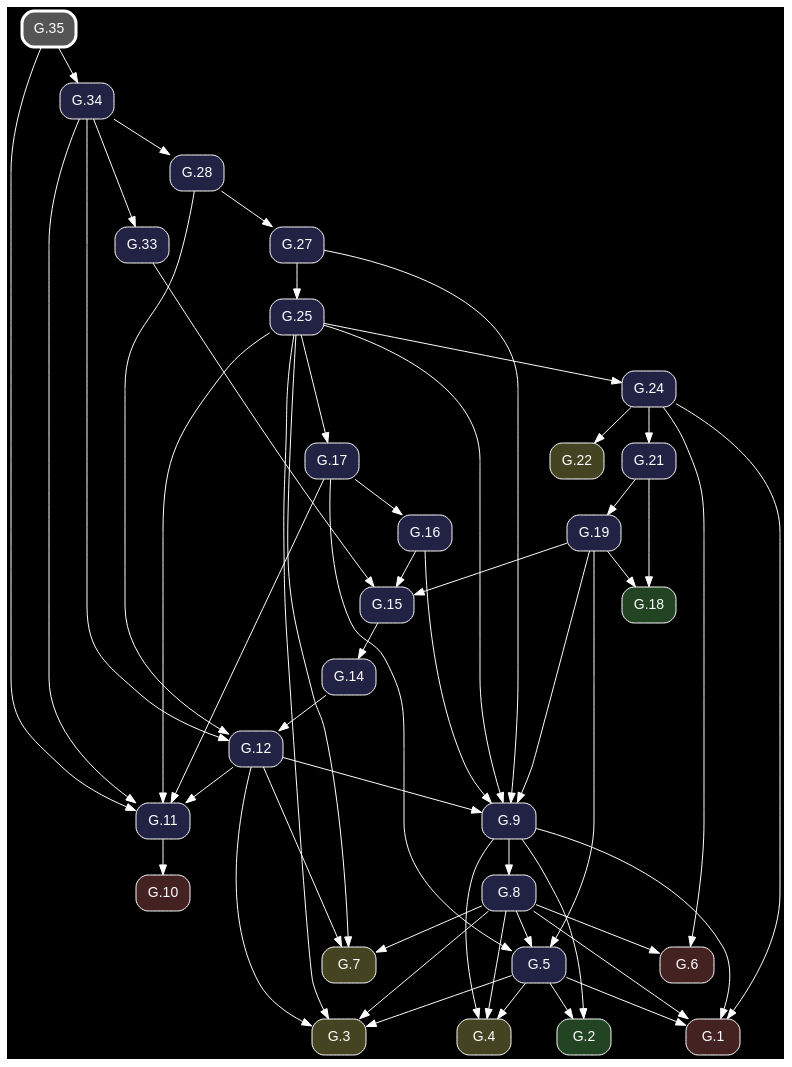
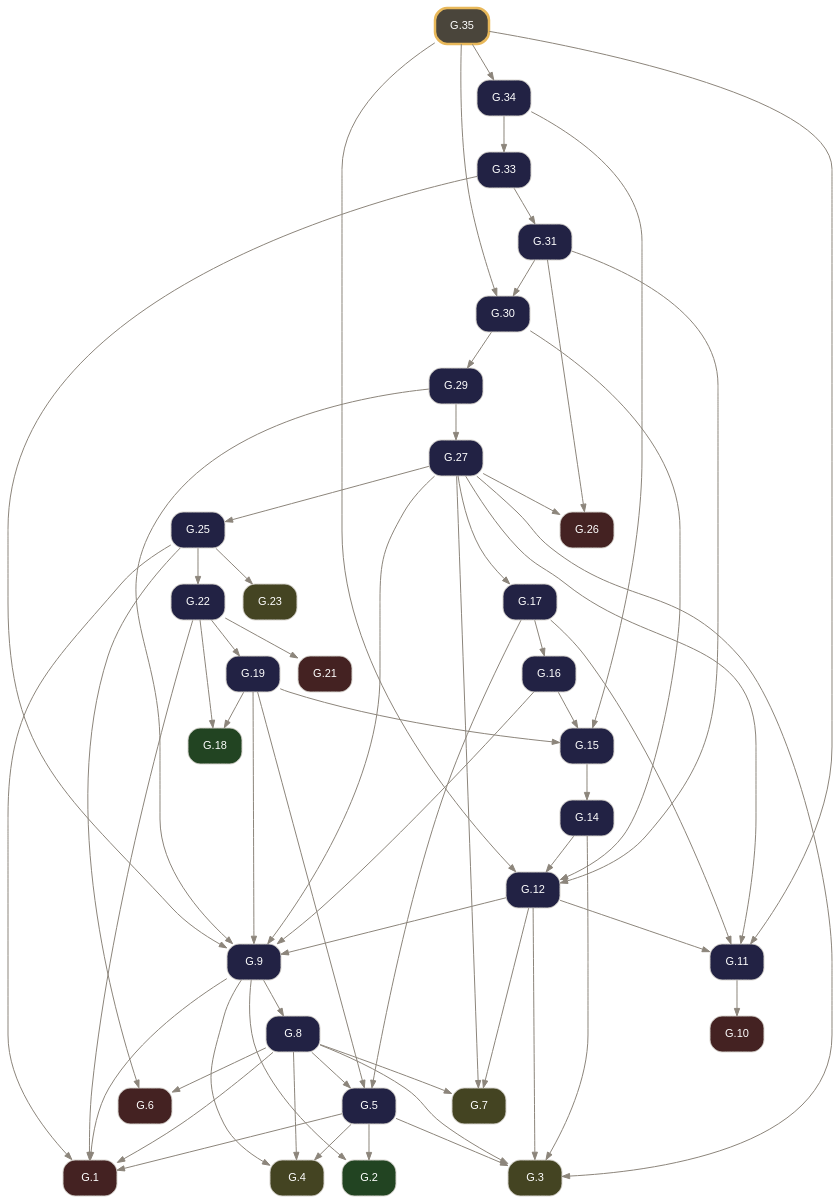
The diagram in docsrc/elements2/G.35/index.rst (geometor/elements), drawn with Graphviz before and after one commit. The commit also changed other lines of this file and 261 other files, not shown here.

Commit message:
feat: rebuild Elements 2.0 G-Index pipeline from composed Euclid Heath edition (v0.3.0)

```diff
--- a/docsrc/elements2/G.35/index.rst
+++ b/docsrc/elements2/G.35/index.rst
@@ -42,88 +83,99 @@
 .. graphviz::
 
    digraph {
-     bgcolor="black";
-     node [shape=box, style="rounded,filled", fontname="Helvetica", color="white", fontcolor="white"];
-     edge [color="white", fontcolor="white"];
+     bgcolor="transparent";
+     node [shape=box, style="rounded,filled", fontname="Helvetica", fontsize=11, color="#d6d3cd", fontcolor="#ffffff"];
+     edge [color="#8c857b", fontcolor="#8c857b", arrowsize=0.75];
      rankdir="TB";
-     "G.27" [label="G.27", fillcolor="#222244", URL="/elements2/G.27/", target="_top"];
-     "G.6" [label="G.6", fillcolor="#442222", URL="/elements2/G.6/", target="_top"];
-     "G.19" [label="G.19", fillcolor="#222244", URL="/elements2/G.19/", target="_top"];
-     "G.34" [label="G.34", fillcolor="#222244", URL="/elements2/G.34/", target="_top"];
-     "G.24" [label="G.24", fillcolor="#222244", URL="/elements2/G.24/", target="_top"];
-     "G.21" [label="G.21", fillcolor="#222244", URL="/elements2/G.21/", target="_top"];
-     "G.10" [label="G.10", fillcolor="#442222", URL="/elements2/G.10/", target="_top"];
-     "G.7" [label="G.7", fillcolor="#444422", URL="/elements2/G.7/", target="_top"];
-     "G.3" [label="G.3", fillcolor="#444422", URL="/elements2/G.3/", target="_top"];
-     "G.17" [label="G.17", fillcolor="#222244", URL="/elements2/G.17/", target="_top"];
-     "G.15" [label="G.15", fillcolor="#222244", URL="/elements2/G.15/", target="_top"];
-     "G.5" [label="G.5", fillcolor="#222244", URL="/elements2/G.5/", target="_top"];
-     "G.1" [label="G.1", fillcolor="#442222", URL="/elements2/G.1/", target="_top"];
-     "G.2" [label="G.2", fillcolor="#224422", URL="/elements2/G.2/", target="_top"];
-     "G.12" [label="G.12", fillcolor="#222244", URL="/elements2/G.12/", target="_top"];
-     "G.22" [label="G.22", fillcolor="#444422", URL="/elements2/G.22/", target="_top"];
-     "G.35" [label="G.35", penwidth=3, color="white", fillcolor="#555555", URL="/elements2/G.35/", target="_top"];
-     "G.14" [label="G.14", fillcolor="#222244", URL="/elements2/G.14/", target="_top"];
-     "G.28" [label="G.28", fillcolor="#222244", URL="/elements2/G.28/", target="_top"];
-     "G.8" [label="G.8", fillcolor="#222244", URL="/elements2/G.8/", target="_top"];
-     "G.9" [label="G.9", fillcolor="#222244", URL="/elements2/G.9/", target="_top"];
-     "G.25" [label="G.25", fillcolor="#222244", URL="/elements2/G.25/", target="_top"];
-     "G.18" [label="G.18", fillcolor="#224422", URL="/elements2/G.18/", target="_top"];
-     "G.11" [label="G.11", fillcolor="#222244", URL="/elements2/G.11/", target="_top"];
-     "G.4" [label="G.4", fillcolor="#444422", URL="/elements2/G.4/", target="_top"];
-     "G.33" [label="G.33", fillcolor="#222244", URL="/elements2/G.33/", target="_top"];
-     "G.16" [label="G.16", fillcolor="#222244", URL="/elements2/G.16/", target="_top"];
-     "G.28" -> "G.27";
-     "G.24" -> "G.6";
-     "G.8" -> "G.6";
-     "G.21" -> "G.19";
-     "G.35" -> "G.34";
-     "G.25" -> "G.24";
-     "G.24" -> "G.21";
-     "G.11" -> "G.10";
-     "G.25" -> "G.7";
-     "G.8" -> "G.7";
-     "G.12" -> "G.7";
+     "G.1" [label="G.1", tooltip="G.1 (I.cn.1)", fillcolor="#442222", URL="../G.1/index.html", target="_top"];
+     "G.2" [label="G.2", tooltip="G.2 (I.def.15)", fillcolor="#224422", URL="../G.2/index.html", target="_top"];
+     "G.3" [label="G.3", tooltip="G.3 (I.post.1)", fillcolor="#444422", URL="../G.3/index.html", target="_top"];
+     "G.4" [label="G.4", tooltip="G.4 (I.post.3)", fillcolor="#444422", URL="../G.4/index.html", target="_top"];
+     "G.5" [label="G.5", tooltip="G.5 (I.1)", fillcolor="#222244", URL="../G.5/index.html", target="_top"];
+     "G.6" [label="G.6", tooltip="G.6 (I.cn.3)", fillcolor="#442222", URL="../G.6/index.html", target="_top"];
+     "G.7" [label="G.7", tooltip="G.7 (I.post.2)", fillcolor="#444422", URL="../G.7/index.html", target="_top"];
+     "G.8" [label="G.8", tooltip="G.8 (I.2)", fillcolor="#222244", URL="../G.8/index.html", target="_top"];
+     "G.9" [label="G.9", tooltip="G.9 (I.3)", fillcolor="#222244", URL="../G.9/index.html", target="_top"];
+     "G.10" [label="G.10", tooltip="G.10 (I.cn.4)", fillcolor="#442222", URL="../G.10/index.html", target="_top"];
+     "G.11" [label="G.11", tooltip="G.11 (I.4)", fillcolor="#222244", URL="../G.11/index.html", target="_top"];
+     "G.12" [label="G.12", tooltip="G.12 (I.5)", fillcolor="#222244", URL="../G.12/index.html", target="_top"];
+     "G.14" [label="G.14", tooltip="G.14 (I.7)", fillcolor="#222244", URL="../G.14/index.html", target="_top"];
+     "G.15" [label="G.15", tooltip="G.15 (I.8)", fillcolor="#222244", URL="../G.15/index.html", target="_top"];
+     "G.16" [label="G.16", tooltip="G.16 (I.9)", fillcolor="#222244", URL="../G.16/index.html", target="_top"];
+     "G.17" [label="G.17", tooltip="G.17 (I.10)", fillcolor="#222244", URL="../G.17/index.html", target="_top"];
+     "G.18" [label="G.18", tooltip="G.18 (I.def.10)", fillcolor="#224422", URL="../G.18/index.html", target="_top"];
+     "G.19" [label="G.19", tooltip="G.19 (I.11)", fillcolor="#222244", URL="../G.19/index.html", target="_top"];
+     "G.21" [label="G.21", tooltip="G.21 (I.cn.2)", fillcolor="#442222", URL="../G.21/index.html", target="_top"];
+     "G.22" [label="G.22", tooltip="G.22 (I.13)", fillcolor="#222244", URL="../G.22/index.html", target="_top"];
+     "G.23" [label="G.23", tooltip="G.23 (I.post.4)", fillcolor="#444422", URL="../G.23/index.html", target="_top"];
+     "G.25" [label="G.25", tooltip="G.25 (I.15)", fillcolor="#222244", URL="../G.25/index.html", target="_top"];
+     "G.26" [label="G.26", tooltip="G.26 (I.cn.5)", fillcolor="#442222", URL="../G.26/index.html", target="_top"];
+     "G.27" [label="G.27", tooltip="G.27 (I.16)", fillcolor="#222244", URL="../G.27/index.html", target="_top"];
+     "G.29" [label="G.29", tooltip="G.29 (I.18)", fillcolor="#222244", URL="../G.29/index.html", target="_top"];
+     "G.30" [label="G.30", tooltip="G.30 (I.19)", fillcolor="#222244", URL="../G.30/index.html", target="_top"];
+     "G.31" [label="G.31", tooltip="G.31 (I.20)", fillcolor="#222244", URL="../G.31/index.html", target="_top"];
+     "G.33" [label="G.33", tooltip="G.33 (I.22)", fillcolor="#222244", URL="../G.33/index.html", target="_top"];
+     "G.34" [label="G.34", tooltip="G.34 (I.23)", fillcolor="#222244", URL="../G.34/index.html", target="_top"];
+     "G.35" [label="G.35", tooltip="G.35 (I.24)", penwidth=2.5, color="#e8b85a", fillcolor="#4a453b", URL="index.html", target="_top"];
+     "G.5" -> "G.1";
+     "G.8" -> "G.1";
+     "G.9" -> "G.1";
+     "G.22" -> "G.1";
+     "G.25" -> "G.1";
+     "G.5" -> "G.2";
+     "G.9" -> "G.2";
      "G.5" -> "G.3";
-     "G.25" -> "G.3";
      "G.8" -> "G.3";
      "G.12" -> "G.3";
-     "G.25" -> "G.17";
-     "G.19" -> "G.15";
-     "G.16" -> "G.15";
-     "G.33" -> "G.15";
-     "G.19" -> "G.5";
-     "G.8" -> "G.5";
-     "G.17" -> "G.5";
-     "G.5" -> "G.1";
-     "G.24" -> "G.1";
-     "G.8" -> "G.1";
-     "G.9" -> "G.1";
-     "G.5" -> "G.2";
-     "G.9" -> "G.2";
-     "G.34" -> "G.12";
-     "G.28" -> "G.12";
-     "G.14" -> "G.12";
-     "G.24" -> "G.22";
-     "G.15" -> "G.14";
-     "G.34" -> "G.28";
-     "G.9" -> "G.8";
-     "G.19" -> "G.9";
-     "G.25" -> "G.9";
-     "G.16" -> "G.9";
-     "G.27" -> "G.9";
-     "G.12" -> "G.9";
-     "G.27" -> "G.25";
-     "G.19" -> "G.18";
-     "G.21" -> "G.18";
-     "G.25" -> "G.11";
-     "G.35" -> "G.11";
-     "G.17" -> "G.11";
-     "G.34" -> "G.11";
-     "G.12" -> "G.11";
+     "G.14" -> "G.3";
+     "G.27" -> "G.3";
      "G.5" -> "G.4";
      "G.8" -> "G.4";
      "G.9" -> "G.4";
+     "G.8" -> "G.5";
+     "G.17" -> "G.5";
+     "G.19" -> "G.5";
+     "G.8" -> "G.6";
+     "G.25" -> "G.6";
+     "G.8" -> "G.7";
+     "G.12" -> "G.7";
+     "G.27" -> "G.7";
+     "G.9" -> "G.8";
+     "G.12" -> "G.9";
+     "G.16" -> "G.9";
+     "G.19" -> "G.9";
+     "G.27" -> "G.9";
+     "G.29" -> "G.9";
+     "G.33" -> "G.9";
+     "G.11" -> "G.10";
+     "G.12" -> "G.11";
+     "G.17" -> "G.11";
+     "G.27" -> "G.11";
+     "G.35" -> "G.11";
+     "G.14" -> "G.12";
+     "G.30" -> "G.12";
+     "G.31" -> "G.12";
+     "G.35" -> "G.12";
+     "G.15" -> "G.14";
+     "G.16" -> "G.15";
+     "G.19" -> "G.15";
+     "G.34" -> "G.15";
+     "G.17" -> "G.16";
+     "G.27" -> "G.17";
+     "G.19" -> "G.18";
+     "G.22" -> "G.18";
+     "G.22" -> "G.19";
+     "G.22" -> "G.21";
+     "G.25" -> "G.22";
+     "G.25" -> "G.23";
+     "G.27" -> "G.25";
+     "G.27" -> "G.26";
+     "G.31" -> "G.26";
+     "G.29" -> "G.27";
+     "G.30" -> "G.29";
+     "G.31" -> "G.30";
+     "G.35" -> "G.30";
+     "G.33" -> "G.31";
      "G.34" -> "G.33";
-     "G.17" -> "G.16";
+     "G.35" -> "G.34";
    }
```
